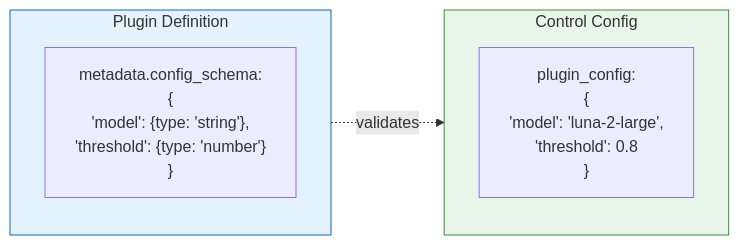
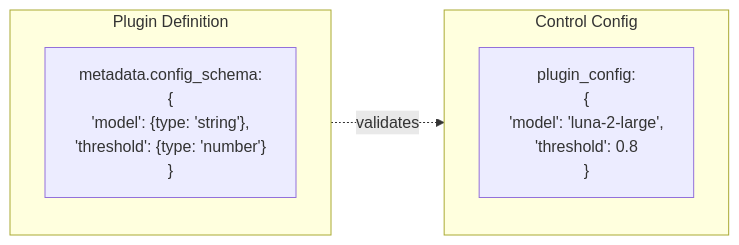
One commit to agentcontrol/agent-control changed the eighth of 9 diagrams in diagrams/09-plugin-system.md. Above: the diagram before and after it, drawn with Mermaid. The commit also changed other lines of this file and 9 other files, not shown here.

````diff
--- a/diagrams/09-plugin-system.md
+++ b/diagrams/09-plugin-system.md
@@ -222,15 +203,12 @@
 ```mermaid
 flowchart LR
     subgraph plugin["Plugin Definition"]
         meta["metadata.config_schema:<br/>{<br/>  'model': {type: 'string'},<br/>  'threshold': {type: 'number'}<br/>}"]
     end
 
     subgraph usage["Control Config"]
         config["plugin_config:<br/>{<br/>  'model': 'luna-2-large',<br/>  'threshold': 0.8<br/>}"]
     end
 
     plugin -.->|validates| usage
-
-    style plugin fill:#e3f2fd,stroke:#1565c0
-    style usage fill:#e8f5e9,stroke:#388e3c
 ```
````
